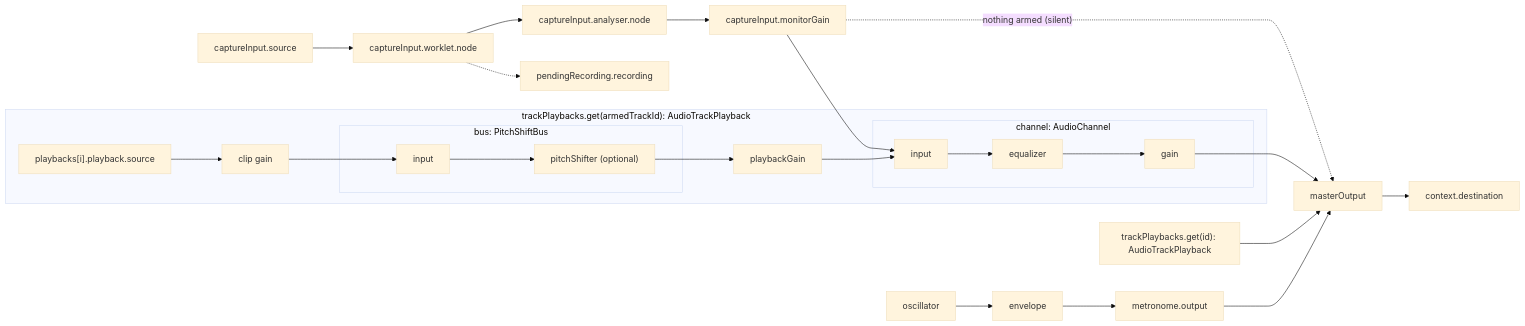
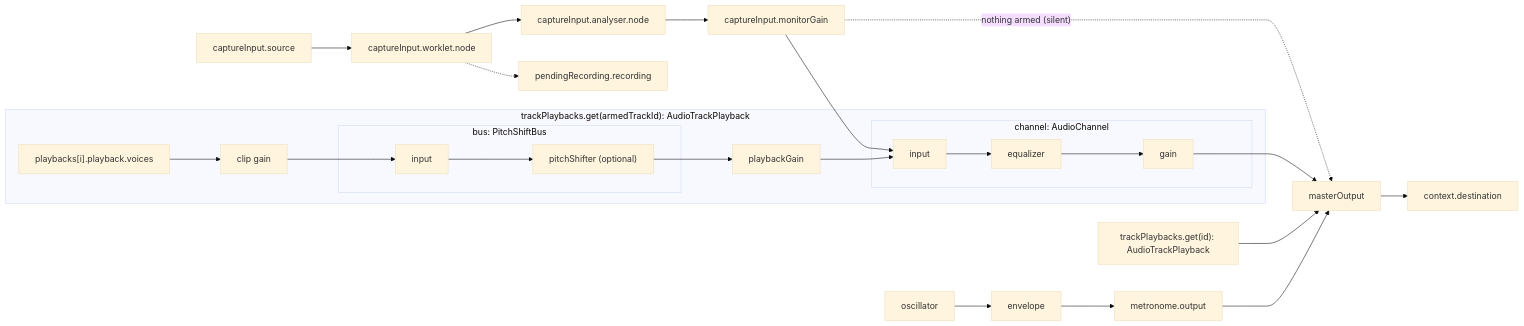
One commit to hi-ogawa/toy-midi changed the diagram in src/lib/recorder/README.md. Above: the diagram before and after it, drawn with Mermaid (base theme). The commit also changed 8 other files, not shown here.

````diff
--- a/src/lib/recorder/README.md
+++ b/src/lib/recorder/README.md
@@ -5,30 +5,30 @@
 ```mermaid
 flowchart LR
     captureSource["captureInput.source"] --> captureWorklet["captureInput.worklet.node"]
     captureWorklet -.-> recording["pendingRecording.recording"]
     captureWorklet --> analyser["captureInput.analyser.node"]
     analyser --> monitorGain["captureInput.monitorGain"]
     monitorGain --> captureInput
     monitorGain -. "nothing armed (silent)" .-> masterOutput
 
     subgraph captureTrack["trackPlaybacks.get(armedTrackId): AudioTrackPlayback"]
-        takeSource["playbacks[i].playback.source"] --> clipGain["clip gain"]
+        takeSource["playbacks[i].playback.voices"] --> clipGain["clip gain"]
         clipGain --> takeBusInput
         subgraph takePitchShiftBus["bus: PitchShiftBus"]
             takeBusInput["input"] --> takePitchShifter["pitchShifter (optional)"]
         end
         takePitchShifter --> takePlaybackGain["playbackGain"]
         takePlaybackGain --> captureInput
         subgraph captureChannel["channel: AudioChannel"]
             captureInput["input"] --> captureEqualizer["equalizer"]
             captureEqualizer --> captureGain["gain"]
         end
     end
 
     captureGain --> masterOutput["masterOutput"]
     audioTrack["trackPlaybacks.get(id): AudioTrackPlayback"] --> masterOutput
     oscillator["oscillator"] --> envelope["envelope"]
     envelope --> metronomeOutput["metronome.output"]
     metronomeOutput --> masterOutput
     masterOutput --> destination["context.destination"]
 ```
````
